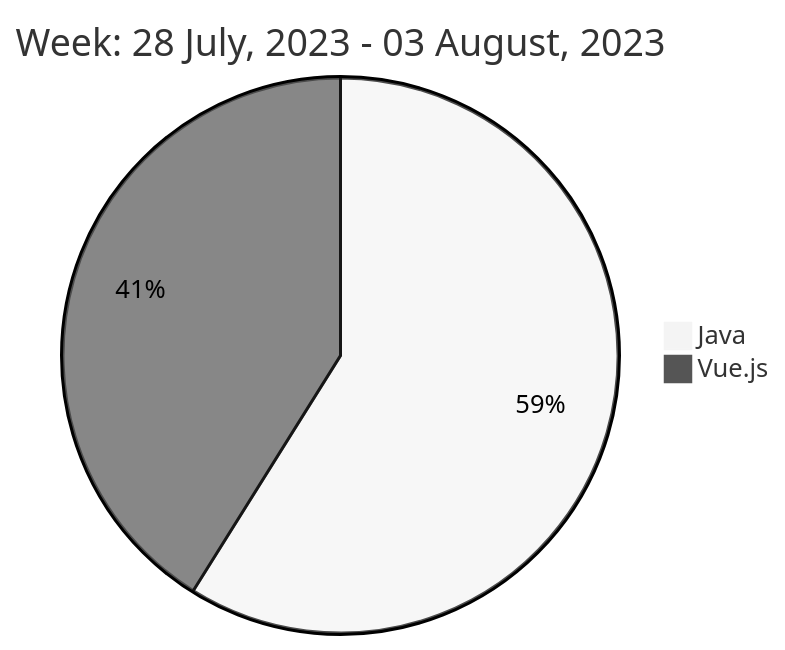
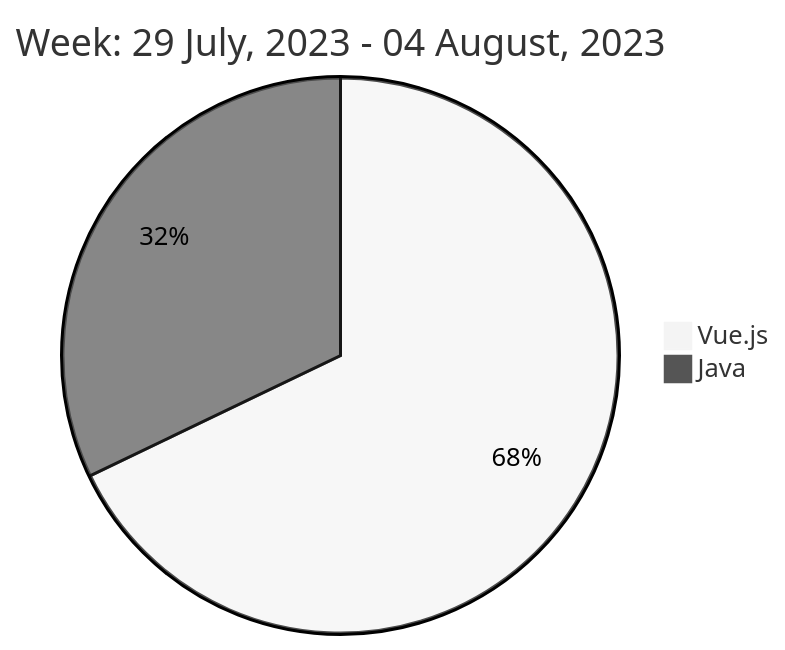
One commit to liubin95/liubin95 changed the diagram in README.md. Above: the diagram before and after it, drawn with Mermaid (neutral theme).

Commit message:
Updated the Graph with new Metrics

````diff
--- a/README.md
+++ b/README.md
@@ -40,6 +40,6 @@
 ```mermaid
  pie
-title Week: 28 July, 2023 - 03 August, 2023
- "Java" : 4.3
+title Week: 29 July, 2023 - 04 August, 2023
  "Vue.js" : 3.0
+ "Java" : 1.42
 ```
````
